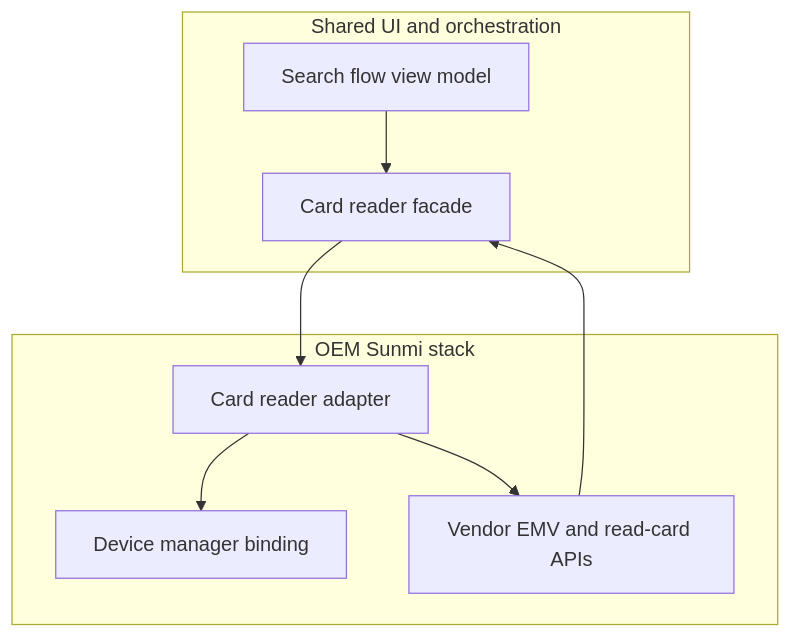
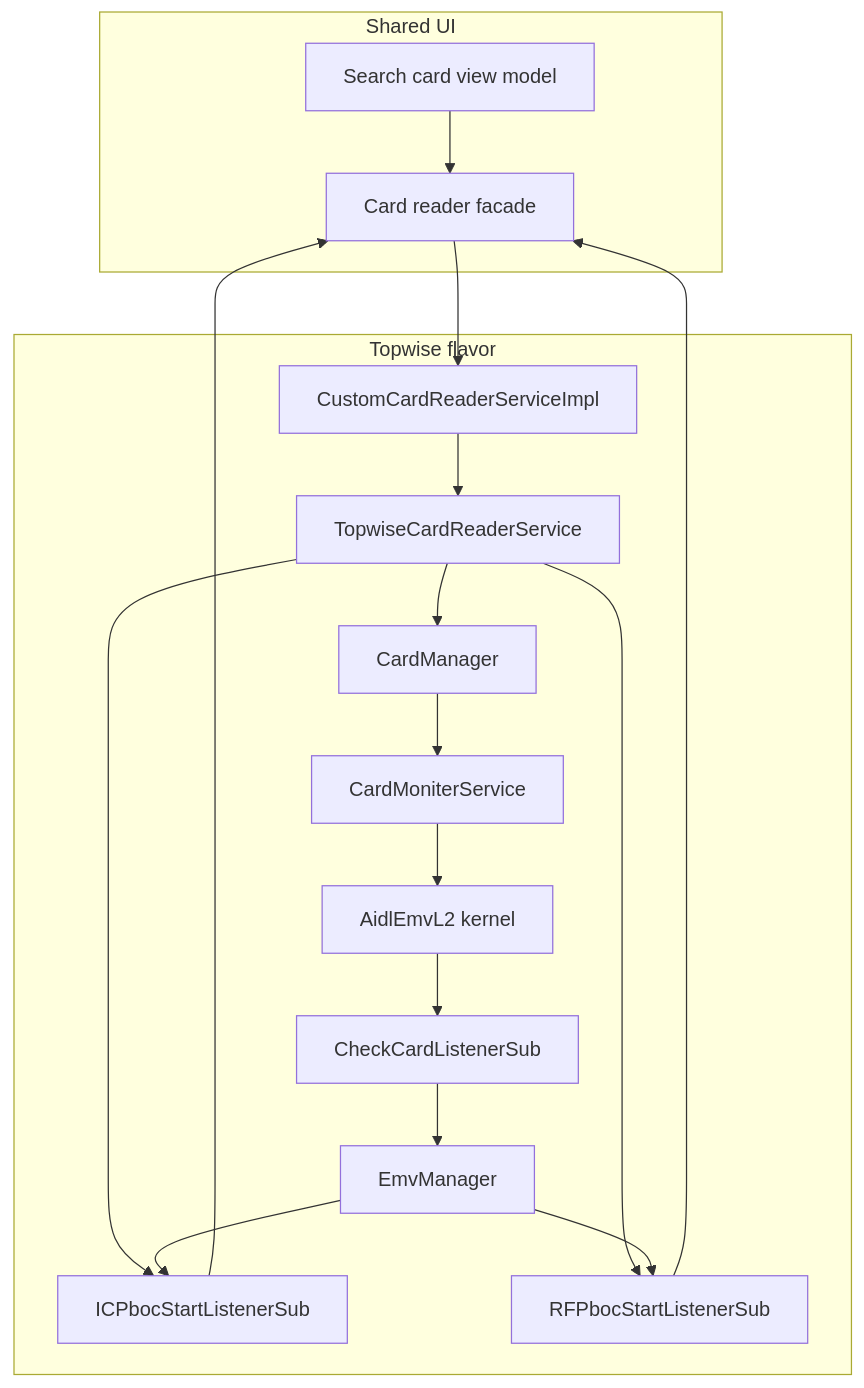
The first of 4 diagrams in architecture/search-card/CARD_SEARCH_BY_DEVICE.md (shummasniazi/fintech), drawn with Mermaid before and after one commit. The commit also changed other lines of this file and 1 other file, not shown here.

Commit message:
docs(search-card): complete Topwise vs Sunmi EMV flow, class map, diagrams, TLV table

````diff
--- a/architecture/search-card/CARD_SEARCH_BY_DEVICE.md
+++ b/architecture/search-card/CARD_SEARCH_BY_DEVICE.md
@@ -17,17 +38,32 @@
 ```mermaid
 flowchart TB
-  subgraph shared [Shared UI and orchestration]
-    VM[Search flow view model]
+  subgraph ui [Shared UI]
+    VM[Search card view model]
     CR[Card reader facade]
   end
-  subgraph sunmi [OEM Sunmi stack]
-    M[Device manager binding]
-    R[Card reader adapter]
-    V[Vendor EMV and read-card APIs]
+  subgraph tw [Topwise flavor]
+    CC[CustomCardReaderServiceImpl]
+    TCS[TopwiseCardReaderService]
+    CM[CardManager]
+    SVC[CardMoniterService]
+    CCsub[CheckCardListenerSub]
+    EM[EmvManager]
+    IC[ICPbocStartListenerSub]
+    RF[RFPbocStartListenerSub]
+    L2[AidlEmvL2 kernel]
   end
   VM --> CR
-  CR --> R
-  R --> M
-  R --> V
-  V --> CR
+  CR --> CC
+  CC --> TCS
+  TCS --> CM
+  TCS --> IC
+  TCS --> RF
+  CM --> SVC
+  SVC --> L2
+  L2 --> CCsub
+  CCsub --> EM
+  EM --> IC
+  EM --> RF
+  IC --> CR
+  RF --> CR
 ```
````
